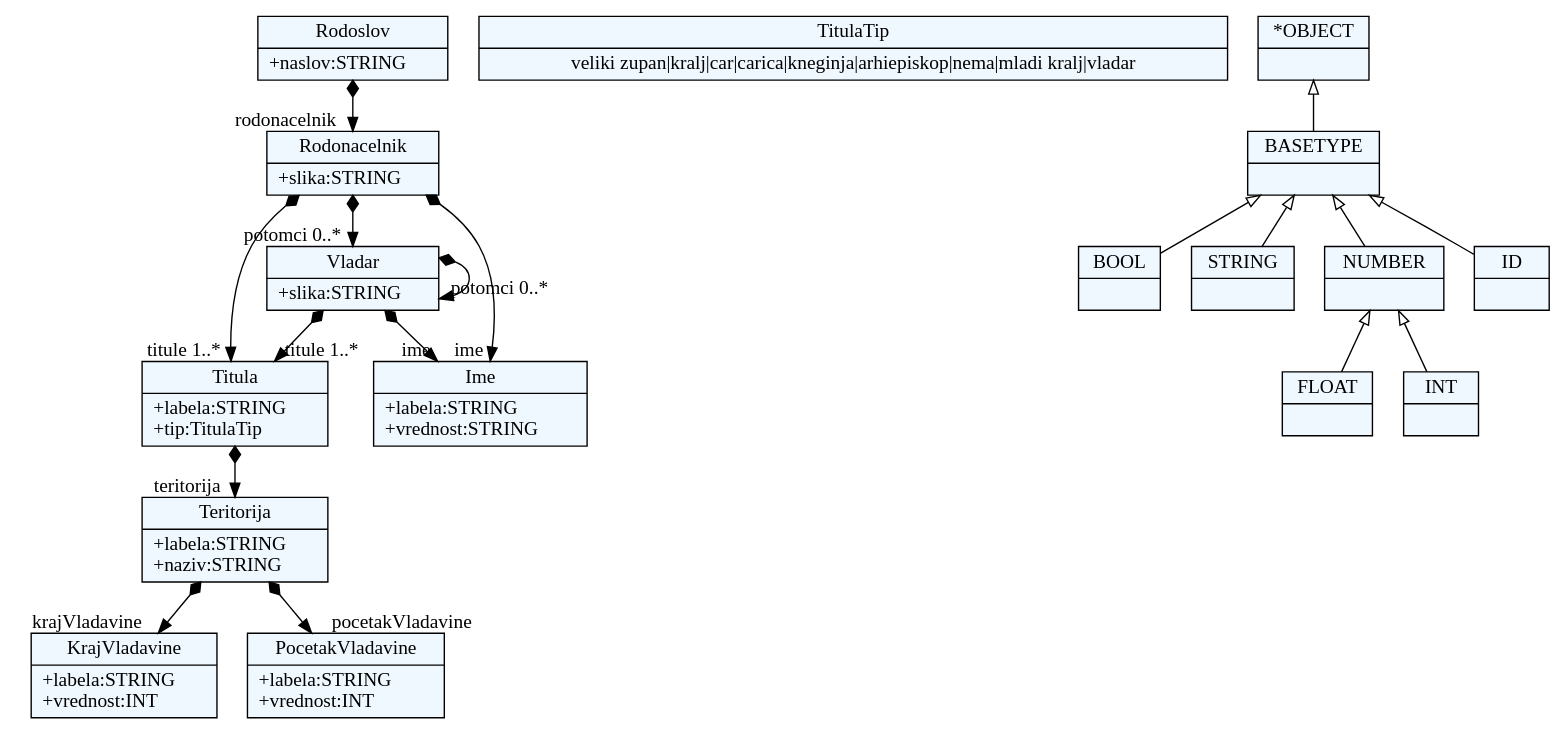
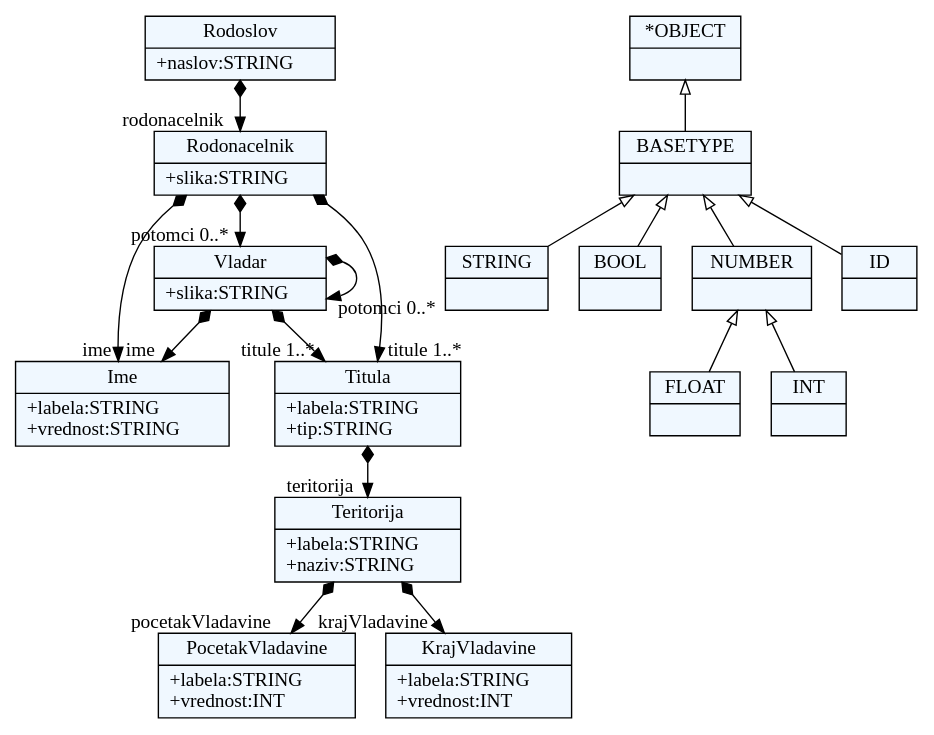
The diagram in Projekat/forms/forms.dot (milenaL9/JSD_2017), drawn with Graphviz before and after one commit. The commit also changed 8 other files, not shown here.

```diff
--- a/Projekat/forms/forms.dot
+++ b/Projekat/forms/forms.dot
@@ -1,66 +1,64 @@
 
     digraph xtext {
     fontname = "Bitstream Vera Sans"
     fontsize = 8
     node[
         shape=record,
         style=filled,
         fillcolor=aliceblue
     ]
     nodesep = 0.3
     edge[dir=black,arrowtail=empty]
 
 
-21377336 -> 21383000[arrowtail=diamond, dir=both, headlabel="teritorija "]
-21377336[ label="{Titula|+labela:STRING\l+tip:TitulaTip\l}"]
+50967176[ label="{PocetakVladavine|+labela:STRING\l+vrednost:INT\l}"]
 
-21379224[ label="{KrajVladavine|+labela:STRING\l+vrednost:INT\l}"]
+50958680[ label="{Ime|+labela:STRING\l+vrednost:STRING\l}"]
 
-21366008 -> 21368840[arrowtail=diamond, dir=both, headlabel="rodonacelnik "]
-21366008[ label="{Rodoslov|+naslov:STRING\l}"]
+50961512 -> 50964344[arrowtail=diamond, dir=both, headlabel="teritorija "]
+50961512[ label="{Titula|+labela:STRING\l+tip:STRING\l}"]
 
-21380168[ label="{TitulaTip|veliki zupan\|kralj\|car\|carica\|kneginja\|arhiepiskop\|nema\|mladi kralj\|vladar}"]
+50955848 -> 50958680[arrowtail=diamond, dir=both, headlabel="ime "]
+50955848 -> 50961512[arrowtail=diamond, dir=both, headlabel="titule 1..*"]
+50955848 -> 50955848[arrowtail=diamond, dir=both, headlabel="potomci 0..*"]
+50955848[ label="{Vladar|+slika:STRING\l}"]
 
-21374504[ label="{Ime|+labela:STRING\l+vrednost:STRING\l}"]
+50950184 -> 50953016[arrowtail=diamond, dir=both, headlabel="rodonacelnik "]
+50950184[ label="{Rodoslov|+naslov:STRING\l}"]
 
-21385832[ label="{PocetakVladavine|+labela:STRING\l+vrednost:INT\l}"]
+50953016 -> 50958680[arrowtail=diamond, dir=both, headlabel="ime "]
+50953016 -> 50961512[arrowtail=diamond, dir=both, headlabel="titule 1..*"]
+50953016 -> 50955848[arrowtail=diamond, dir=both, headlabel="potomci 0..*"]
+50953016[ label="{Rodonacelnik|+slika:STRING\l}"]
 
-21371672 -> 21374504[arrowtail=diamond, dir=both, headlabel="ime "]
-21371672 -> 21377336[arrowtail=diamond, dir=both, headlabel="titule 1..*"]
-21371672 -> 21371672[arrowtail=diamond, dir=both, headlabel="potomci 0..*"]
-21371672[ label="{Vladar|+slika:STRING\l}"]
+50964344 -> 50967176[arrowtail=diamond, dir=both, headlabel="pocetakVladavine "]
+50964344 -> 50970008[arrowtail=diamond, dir=both, headlabel="krajVladavine "]
+50964344[ label="{Teritorija|+labela:STRING\l+naziv:STRING\l}"]
 
-21383000 -> 21385832[arrowtail=diamond, dir=both, headlabel="pocetakVladavine "]
-21383000 -> 21379224[arrowtail=diamond, dir=both, headlabel="krajVladavine "]
-21383000[ label="{Teritorija|+labela:STRING\l+naziv:STRING\l}"]
+50970008[ label="{KrajVladavine|+labela:STRING\l+vrednost:INT\l}"]
 
-21368840 -> 21374504[arrowtail=diamond, dir=both, headlabel="ime "]
-21368840 -> 21377336[arrowtail=diamond, dir=both, headlabel="titule 1..*"]
-21368840 -> 21371672[arrowtail=diamond, dir=both, headlabel="potomci 0..*"]
-21368840[ label="{Rodonacelnik|+slika:STRING\l}"]
+51355160[ label="{STRING|}"]
 
-51616120[ label="{BOOL|}"]
+51357992[ label="{BOOL|}"]
 
-51621784[ label="{FLOAT|}"]
+51366488[ label="{NUMBER|}"]
+51366488 -> 51363656 [dir=back]
+51366488 -> 51360824 [dir=back]
 
-21364120[ label="{*OBJECT|}"]
-21364120 -> 21361288 [dir=back]
+51363656[ label="{FLOAT|}"]
 
-51613288[ label="{STRING|}"]
+50948296[ label="{*OBJECT|}"]
+50948296 -> 50945464 [dir=back]
 
-21361288[ label="{BASETYPE|}"]
-21361288 -> 51624616 [dir=back]
-21361288 -> 51616120 [dir=back]
-21361288 -> 51610456 [dir=back]
-21361288 -> 51613288 [dir=back]
+50945464[ label="{BASETYPE|}"]
+50945464 -> 51366488 [dir=back]
+50945464 -> 51357992 [dir=back]
+50945464 -> 51352328 [dir=back]
+50945464 -> 51355160 [dir=back]
 
-51624616[ label="{NUMBER|}"]
-51624616 -> 51621784 [dir=back]
-51624616 -> 51618952 [dir=back]
+51360824[ label="{INT|}"]
 
-51618952[ label="{INT|}"]
-
-51610456[ label="{ID|}"]
+51352328[ label="{ID|}"]
 
 
 }
```
